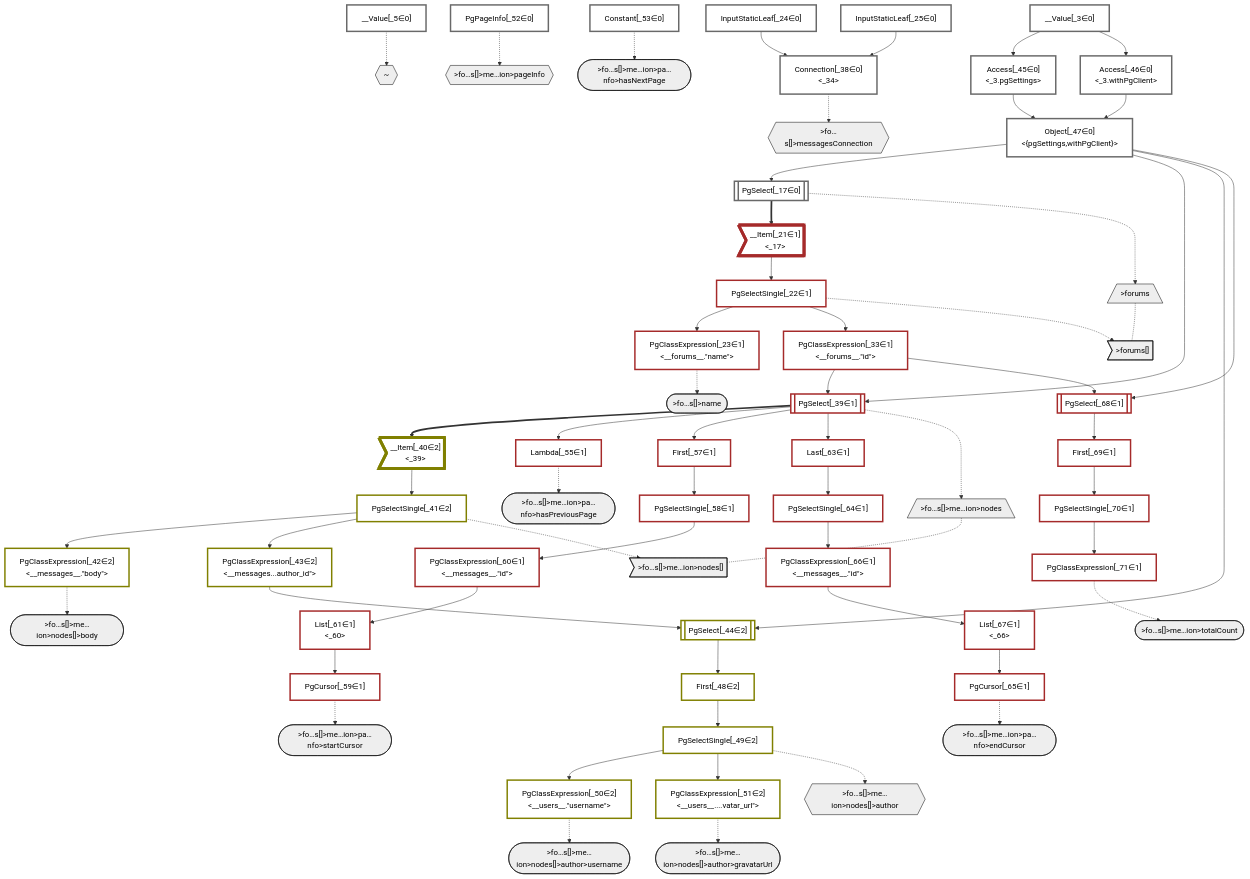
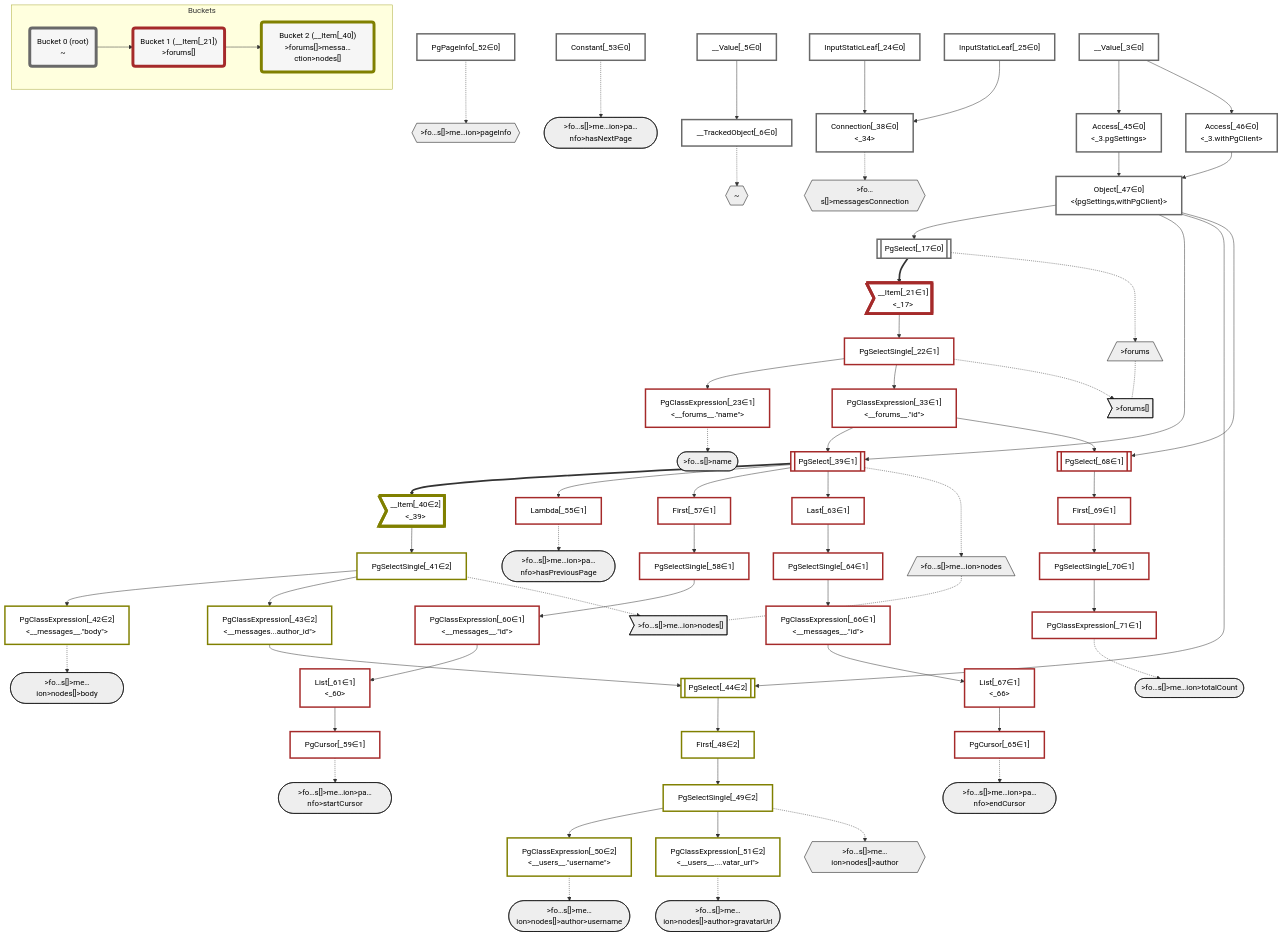
The diagram in packages/dataplan-pg/__tests__/queries/connections/pagination-when-inlined-backwards-nodes-only.deopt.mermaid.md (graphile/crystal), drawn with Mermaid before and after one commit. The commit also changed 195 other files, not shown here.

````diff
--- a/packages/dataplan-pg/__tests__/queries/connections/pagination-when-inlined-backwards-nodes-only.deopt.mermaid.md
+++ b/packages/dataplan-pg/__tests__/queries/connections/pagination-when-inlined-backwards-nodes-only.deopt.mermaid.md
@@ -4,6 +4,7 @@
     classDef plan fill:#fff,stroke-width:3px,color:#000
     classDef itemplan fill:#fff,stroke-width:6px,color:#000
     classDef sideeffectplan fill:#f00,stroke-width:6px,color:#000
+    classDef bucket fill:#f6f6f6,color:#000,stroke-width:6px
 
     %% subgraph fields
     P1{{"~"}}:::path
@@ -44,6 +45,7 @@
     %% define plans
     __Value_3["__Value[_3∈0]<br /><context>"]:::plan
     __Value_5["__Value[_5∈0]<br /><rootValue>"]:::plan
+    __TrackedObject_6["__TrackedObject[_6∈0]"]:::plan
     PgSelect_17[["PgSelect[_17∈0]<br /><forums>"]]:::plan
     __Item_21>"__Item[_21∈1]<br /><_17>"]:::itemplan
     PgSelectSingle_22["PgSelectSingle[_22∈1]<br /><forums>"]:::plan
@@ -84,6 +86,7 @@
     PgClassExpression_71["PgClassExpression[_71∈1]<br /><count(*)>"]:::plan
 
     %% plan dependencies
+    __Value_5 --> __TrackedObject_6
     Object_47 --> PgSelect_17
     PgSelect_17 ==> __Item_21
     __Item_21 --> PgSelectSingle_22
@@ -125,7 +128,7 @@
     PgSelectSingle_70 --> PgClassExpression_71
 
     %% plan-to-path relationships
-    __Value_5 -.-> P1
+    __TrackedObject_6 -.-> P1
     PgSelect_17 -.-> P2
     PgSelectSingle_22 -.-> P3
     PgClassExpression_23 -.-> P4
@@ -145,9 +148,20 @@
 
     %% allocate buckets
     classDef bucket0 stroke:#696969
-    class __Value_3,__Value_5,PgSelect_17,InputStaticLeaf_24,InputStaticLeaf_25,Connection_38,Access_45,Access_46,Object_47,PgPageInfo_52,Constant_53 bucket0
+    class __Value_3,__Value_5,__TrackedObject_6,PgSelect_17,InputStaticLeaf_24,InputStaticLeaf_25,Connection_38,Access_45,Access_46,Object_47,PgPageInfo_52,Constant_53 bucket0
     classDef bucket1 stroke:#a52a2a
     class __Item_21,PgSelectSingle_22,PgClassExpression_23,PgClassExpression_33,PgSelect_39,Lambda_55,First_57,PgSelectSingle_58,PgCursor_59,PgClassExpression_60,List_61,Last_63,PgSelectSingle_64,PgCursor_65,PgClassExpression_66,List_67,PgSelect_68,First_69,PgSelectSingle_70,PgClassExpression_71 bucket1
     classDef bucket2 stroke:#808000
     class __Item_40,PgSelectSingle_41,PgClassExpression_42,PgClassExpression_43,PgSelect_44,First_48,PgSelectSingle_49,PgClassExpression_50,PgClassExpression_51 bucket2
+
+    subgraph Buckets
+    Bucket0("Bucket 0 (root)<br />~"):::bucket
+    style Bucket0 stroke:#696969
+    Bucket1("Bucket 1 (__Item[_21])<br />>forums[]"):::bucket
+    style Bucket1 stroke:#a52a2a
+    Bucket0 --> Bucket1
+    Bucket2("Bucket 2 (__Item[_40])<br />>forums[]>messa…ction>nodes[]"):::bucket
+    style Bucket2 stroke:#808000
+    Bucket1 --> Bucket2
+    end
 ```
````
